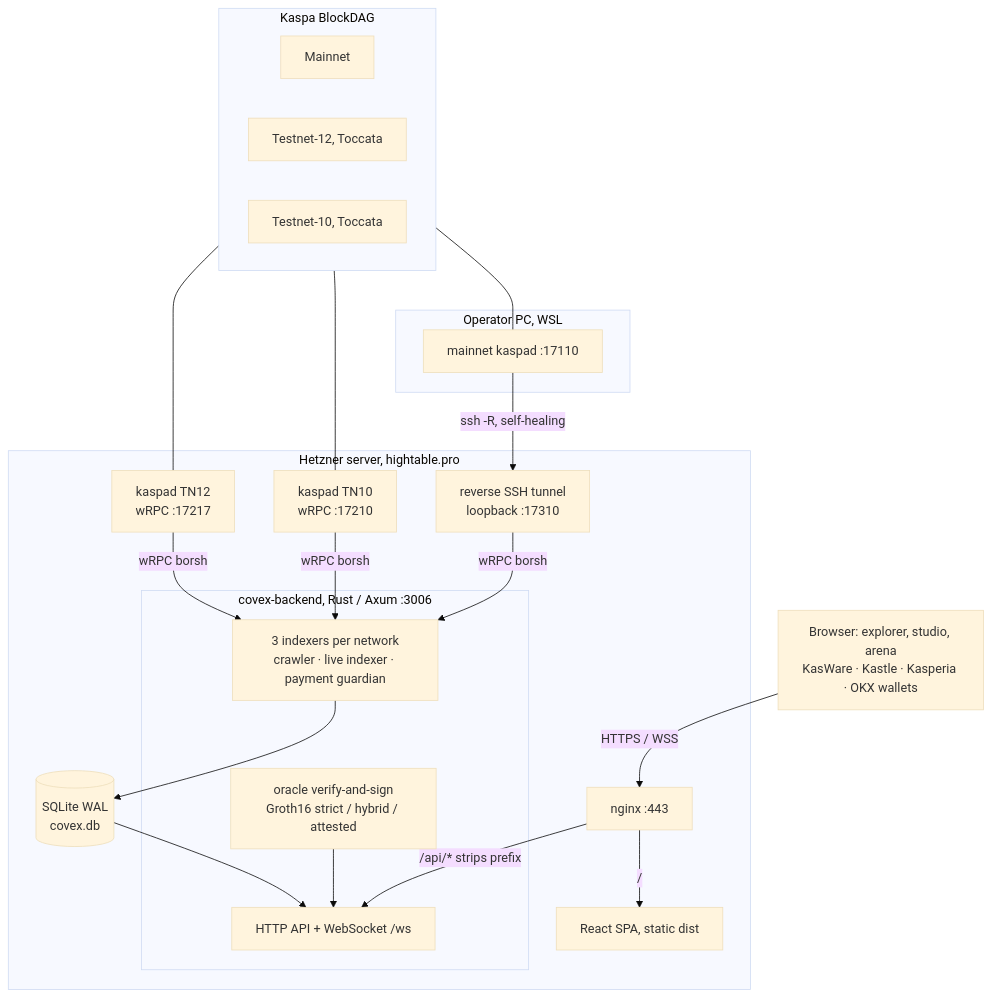
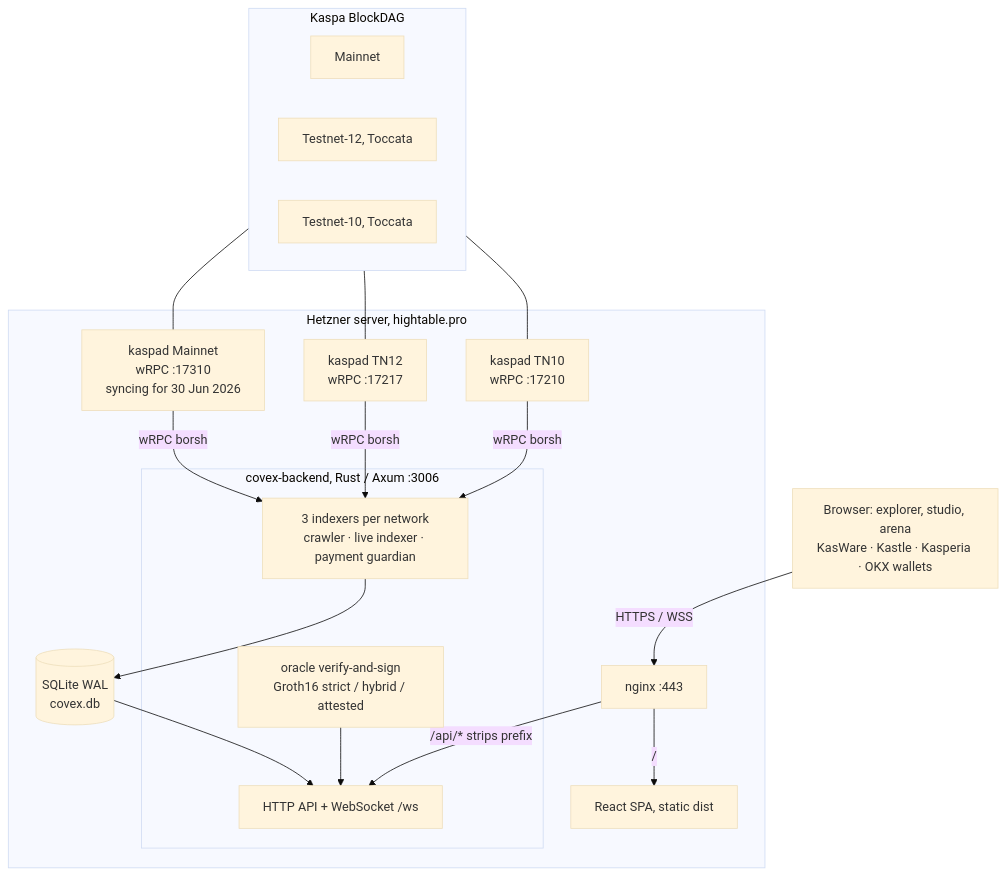
One commit to THTProtocol/Covex27 changed the second of 5 diagrams in README.md. Above: the diagram before and after it, drawn with Mermaid (base theme). The commit also changed other lines of this file and 2 other files, not shown here.

Commit message:
honesty: correct false "live/synced mainnet node today" claims
The backend's own /api/status reports mainnet_ready:false and the mainnet node
disconnected, but the README + Explorer + Whitepaper copy claimed Covex "runs a
real/live mainnet node today, fully synced." Corrected everywhere to the truth:
the mainnet wRPC is configured and the indexer is armed behind the honesty gate,
with the mainnet node being provisioned and synced ahead of the 30 June 2026
launch. Also updated the architecture diagram to place the mainnet node on the
Hetzner data volume (the operator-PC tunnel node was removed) and fixed the two
remaining "no confirmed day" date stragglers to 30 June 2026.

````diff
--- a/README.md
+++ b/README.md
@@ -103,43 +103,38 @@
 ```mermaid
 flowchart TB
     subgraph KASPA["Kaspa BlockDAG"]
         direction LR
         MN["Mainnet"]
         T12["Testnet-12, Toccata"]
         T10["Testnet-10, Toccata"]
     end
 
-    subgraph PC["Operator PC, WSL"]
-        WSLNODE["mainnet kaspad :17110"]
-    end
-
     subgraph SRV["Hetzner server, hightable.pro"]
+        KMN["kaspad Mainnet<br/>wRPC :17310<br/>syncing for 30 Jun 2026"]
         K12["kaspad TN12<br/>wRPC :17217"]
         K10["kaspad TN10<br/>wRPC :17210"]
-        TUN["reverse SSH tunnel<br/>loopback :17310"]
         subgraph BE["covex-backend, Rust / Axum :3006"]
             IDX["3 indexers per network<br/>crawler · live indexer · payment guardian"]
             API["HTTP API + WebSocket /ws"]
             ORC["oracle verify-and-sign<br/>Groth16 strict / hybrid / attested"]
         end
         DB[("SQLite WAL<br/>covex.db")]
         NG["nginx :443"]
         SPA["React SPA, static dist"]
     end
 
     BROWSER["Browser: explorer, studio, arena<br/>KasWare · Kastle · Kasperia · OKX wallets"]
 
-    MN --- WSLNODE
-    WSLNODE -- "ssh -R, self-healing" --> TUN
+    MN --- KMN
     T12 --- K12
     T10 --- K10
+    KMN -- "wRPC borsh" --> IDX
     K12 -- "wRPC borsh" --> IDX
     K10 -- "wRPC borsh" --> IDX
-    TUN -- "wRPC borsh" --> IDX
     IDX --> DB
     DB --> API
     ORC --> API
     NG -- "/api/* strips prefix" --> API
     NG -- "/" --> SPA
     BROWSER -- "HTTPS / WSS" --> NG
 ```
````
